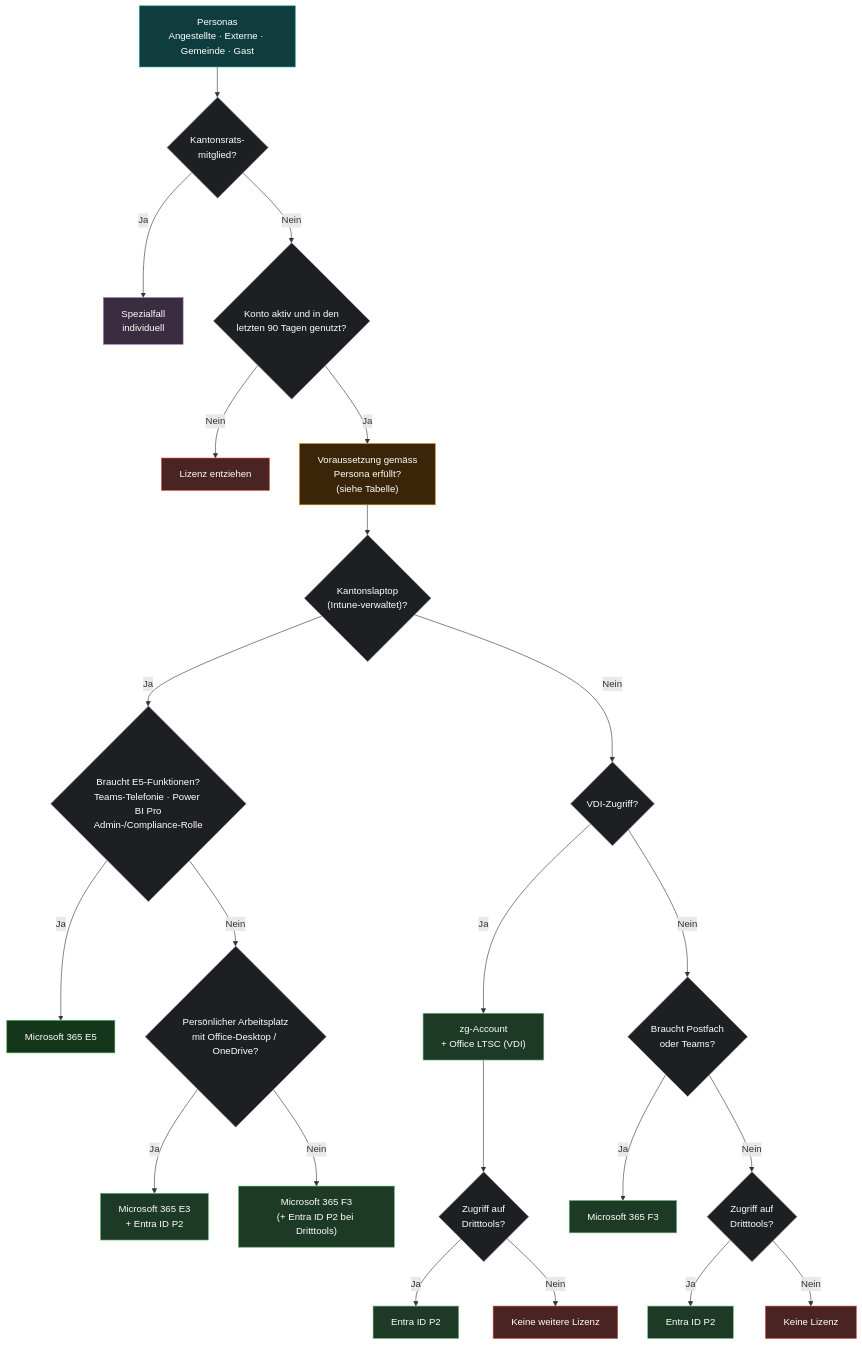
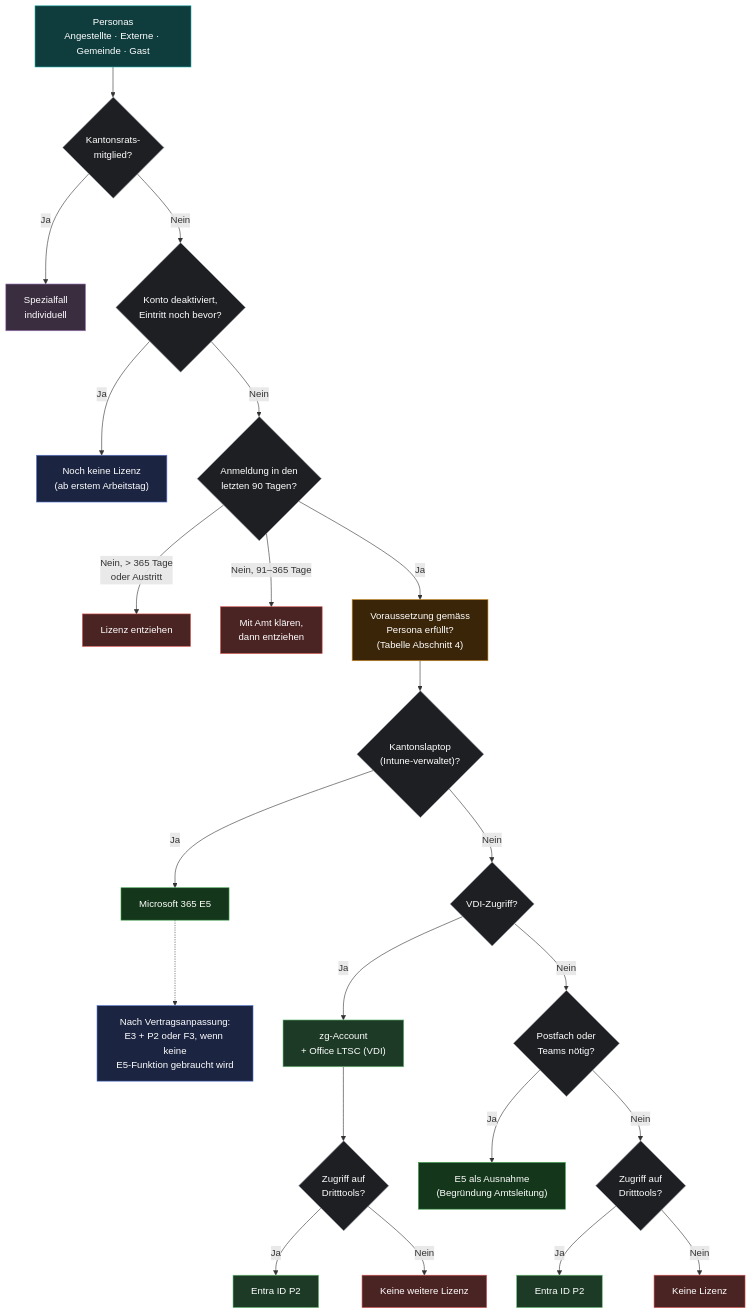
One commit to breadsigma/LizenzMatrix changed the diagram in docs/Lizenzmatrix-v2.md. Above: the diagram before and after it, drawn with Mermaid. The commit also changed other lines of this file and 3 other files, not shown here.

First line of the commit message:
Finale Lizenzmatrix v2, Report-Script mit Eintritts-Regel und Anmeldestatus

````diff
--- a/docs/Lizenzmatrix-v2.md
+++ b/docs/Lizenzmatrix-v2.md
@@ -57,37 +62,37 @@
 ```mermaid
 flowchart TD
     classDef persona fill:#0f3d3e,stroke:#2bb3b1,color:#fff
     classDef frage fill:#1e1f22,stroke:#9aa0a6,color:#fff
     classDef voraus fill:#3a2508,stroke:#d08a1e,color:#fff
-    classDef vorgehen fill:#1b2440,stroke:#5b7bd5,color:#fff
     classDef e5 fill:#14361a,stroke:#3fa34d,color:#fff
     classDef lizenz fill:#1d3a26,stroke:#6cc07a,color:#fff
     classDef keine fill:#4a2323,stroke:#d9534f,color:#fff
     classDef spezial fill:#3a2d3f,stroke:#a37bbf,color:#fff
+    classDef hinweis fill:#1b2440,stroke:#5b7bd5,color:#fff
 
     P["Personas<br/>Angestellte · Externe · Gemeinde · Gast"]:::persona
     P --> KR{"Kantonsrats-<br/>mitglied?"}:::frage
     KR -- Ja --> SP["Spezialfall<br/>individuell"]:::spezial
-    KR -- Nein --> AKT{"Konto aktiv und in den<br/>letzten 90 Tagen genutzt?"}:::frage
-    AKT -- Nein --> ENT["Lizenz entziehen"]:::keine
-    AKT -- Ja --> VOR["Voraussetzung gemäss<br/>Persona erfüllt?<br/>(siehe Tabelle)"]:::voraus
+    KR -- Nein --> EIN{"Konto deaktiviert,<br/>Eintritt noch bevor?"}:::frage
+    EIN -- Ja --> WARTE["Noch keine Lizenz<br/>(ab erstem Arbeitstag)"]:::hinweis
+    EIN -- Nein --> AKT{"Anmeldung in den<br/>letzten 90 Tagen?"}:::frage
+    AKT -- "Nein, > 365 Tage<br/>oder Austritt" --> ENT["Lizenz entziehen"]:::keine
+    AKT -- "Nein, 91–365 Tage" --> KLAER["Mit Amt klären,<br/>dann entziehen"]:::keine
+    AKT -- Ja --> VOR["Voraussetzung gemäss<br/>Persona erfüllt?<br/>(Tabelle Abschnitt 4)"]:::voraus
     VOR --> LAP{"Kantonslaptop<br/>(Intune-verwaltet)?"}:::frage
 
-    LAP -- Ja --> E5F{"Braucht E5-Funktionen?<br/>Teams-Telefonie · Power BI Pro<br/>Admin-/Compliance-Rolle"}:::frage
-    E5F -- Ja --> E5["Microsoft 365 E5"]:::e5
-    E5F -- Nein --> VOLL{"Persönlicher Arbeitsplatz<br/>mit Office-Desktop / OneDrive?"}:::frage
-    VOLL -- Ja --> E3["Microsoft 365 E3<br/>+ Entra ID P2"]:::lizenz
-    VOLL -- Nein --> F3["Microsoft 365 F3<br/>(+ Entra ID P2 bei Dritttools)"]:::lizenz
+    LAP -- Ja --> E5["Microsoft 365 E5"]:::e5
+    E5 -.-> E5N["Nach Vertragsanpassung:<br/>E3 + P2 oder F3, wenn keine<br/>E5-Funktion gebraucht wird"]:::hinweis
 
     LAP -- Nein --> VDI{"VDI-Zugriff?"}:::frage
     VDI -- Ja --> LTSC["zg-Account<br/>+ Office LTSC (VDI)"]:::lizenz
     LTSC --> DT1{"Zugriff auf<br/>Dritttools?"}:::frage
     DT1 -- Ja --> P2a["Entra ID P2"]:::lizenz
     DT1 -- Nein --> KW["Keine weitere Lizenz"]:::keine
 
-    VDI -- Nein --> MB{"Braucht Postfach<br/>oder Teams?"}:::frage
-    MB -- Ja --> F3b["Microsoft 365 F3"]:::lizenz
+    VDI -- Nein --> MB{"Postfach oder<br/>Teams nötig?"}:::frage
+    MB -- Ja --> AUSN["E5 als Ausnahme<br/>(Begründung Amtsleitung)"]:::e5
     MB -- Nein --> DT2{"Zugriff auf<br/>Dritttools?"}:::frage
     DT2 -- Ja --> P2b["Entra ID P2"]:::lizenz
     DT2 -- Nein --> KL["Keine Lizenz"]:::keine
 ```
````
